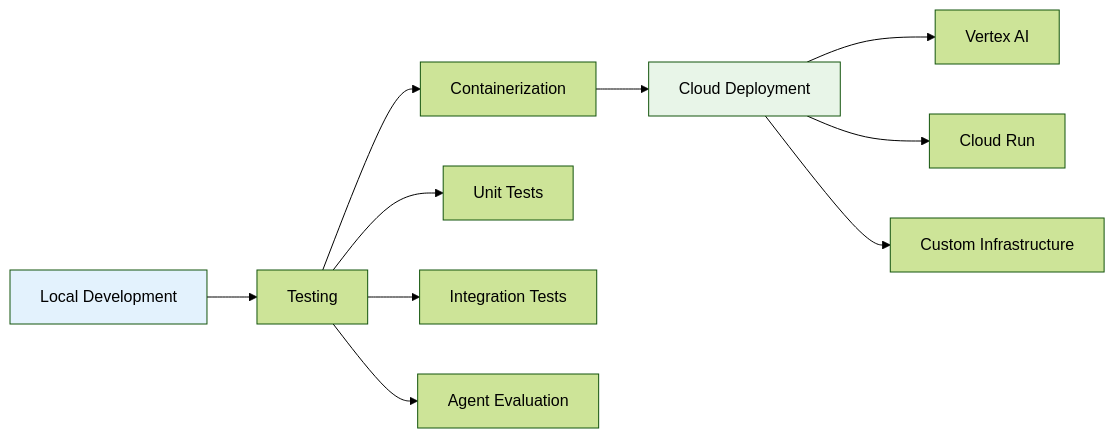
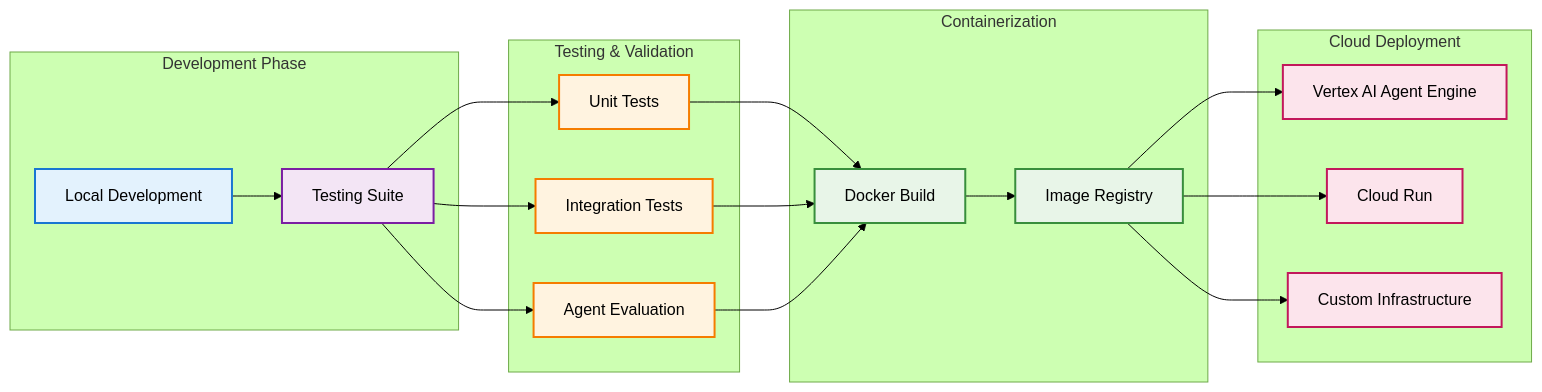
Before and after one commit to raphaelmansuy/tutorials: the seventh of 7 diagrams in 29_adk_simple_tutorial.md, drawn with Mermaid (forest theme). The commit also changed other lines of this file, not shown here.

````diff
--- a/29_adk_simple_tutorial.md
+++ b/29_adk_simple_tutorial.md
@@ -2136,17 +851,46 @@
 ```mermaid
-graph LR
-    A[Local Development] --> B[Testing]
-    B --> C[Containerization]
-    C --> D[Cloud Deployment]
-
-    B --> E[Unit Tests]
-    B --> F[Integration Tests]
-    B --> G[Agent Evaluation]
-
-    D --> H[Vertex AI]
-    D --> I[Cloud Run]
-    D --> J[Custom Infrastructure]
-
-    style A fill:#e3f2fd
-    style D fill:#e8f5e8
+flowchart LR
+    subgraph "Development Phase"
+        A[Local Development]
+        B[Testing Suite]
+        style A fill:#e3f2fd,stroke:#1976d2,stroke-width:2px
+        style B fill:#f3e5f5,stroke:#7b1fa2,stroke-width:2px
+    end
+    
+    subgraph "Testing & Validation"
+        C[Unit Tests]
+        D[Integration Tests] 
+        E[Agent Evaluation]
+        style C fill:#fff3e0,stroke:#f57c00,stroke-width:2px
+        style D fill:#fff3e0,stroke:#f57c00,stroke-width:2px
+        style E fill:#fff3e0,stroke:#f57c00,stroke-width:2px
+    end
+    
+    subgraph "Containerization"
+        F[Docker Build]
+        G[Image Registry]
+        style F fill:#e8f5e8,stroke:#388e3c,stroke-width:2px
+        style G fill:#e8f5e8,stroke:#388e3c,stroke-width:2px
+    end
+    
+    subgraph "Cloud Deployment"
+        H[Vertex AI Agent Engine]
+        I[Cloud Run]
+        J[Custom Infrastructure]
+        style H fill:#fce4ec,stroke:#c2185b,stroke-width:2px
+        style I fill:#fce4ec,stroke:#c2185b,stroke-width:2px
+        style J fill:#fce4ec,stroke:#c2185b,stroke-width:2px
+    end
+    
+    A --> B
+    B --> C
+    B --> D
+    B --> E
+    C --> F
+    D --> F
+    E --> F
+    F --> G
+    G --> H
+    G --> I
+    G --> J
 ```
````
